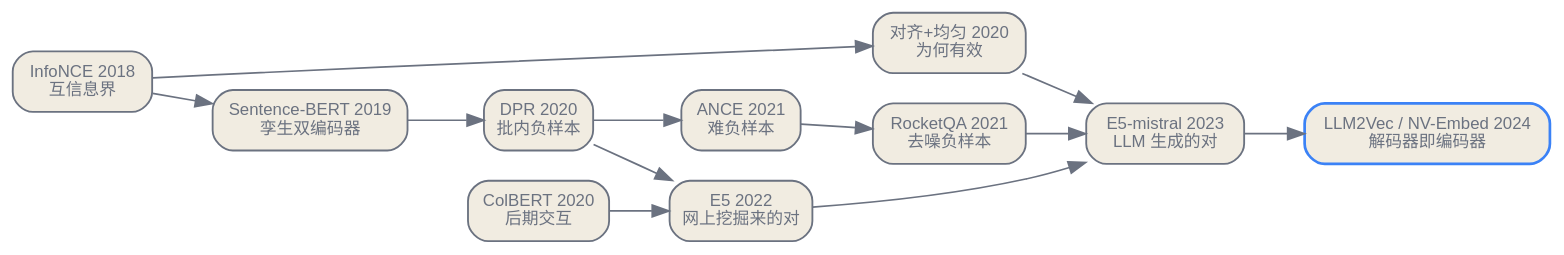
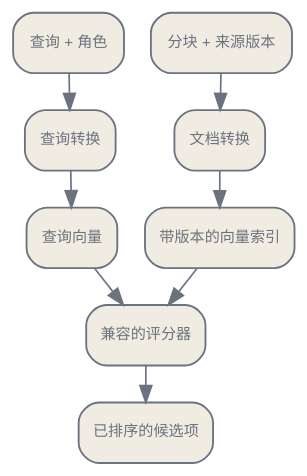
Before and after one commit to latere-ai/ai-as-an-infrastructure: the diagram in zh/orchestration/09-embeddings-representation.qmd, drawn with Graphviz. The commit also changed other lines of this file and 4 other files, not shown here.

````diff
--- a/zh/orchestration/09-embeddings-representation.qmd
+++ b/zh/orchestration/09-embeddings-representation.qmd
@@ -193,32 +110,25 @@
 ```{dot}
-//| label: fig-embed-lineage
-//| fig-cap: "嵌入思想的演化线索。一条理论线索（InfoNCE，再到对齐与均匀）解释了那个目标；一条架构线索定下查询与文档在何处交互；一条负样本线索磨利训练信号；而一条数据线索从孪生的句子对，穿过网上挖掘来的样本对，走到 LLM 生成的样本对与解码器即嵌入器，诸线索在此汇聚。"
-digraph lineage {
-  rankdir=LR;
+//| label: fig-embedding-contract
+//| fig-cap: "同一段文本在不同角色或嵌入规格下可能生成不兼容的向量。只有相互匹配的查询规格和索引代次，才能进入同一个评分器。"
+digraph {
   bgcolor="transparent";
-  node [shape=box, style="rounded,filled", fontname="Helvetica", fontsize=10, color="#6b7280", fontcolor="#6b7280", fillcolor="#f1ece1", penwidth=1.1];
-  edge [fontname="Helvetica", fontsize=9, color="#6b7280", fontcolor="#6b7280"];
+  rankdir=TB;
+  nodesep=0.22;
+  ranksep=0.30;
+  node [shape=box, style="rounded,filled", fontname="Helvetica", fontsize=9, color="#6b7280", fontcolor="#6b7280", fillcolor="#f1ece1", penwidth=1.1];
+  edge [color="#6b7280"];
 
-  cpc [label="InfoNCE 2018\n互信息界"];
-  au [label="对齐+均匀 2020\n为何有效"];
+  query [label="查询 + 角色"];
+  source [label="分块 + 来源版本"];
+  qenc [label="查询转换"];
+  denc [label="文档转换"];
+  qvec [label="查询向量"];
+  index [label="带版本的向量索引"];
+  score [label="兼容的评分器"];
+  ranked [label="已排序的候选项"];
 
-  sbert [label="Sentence-BERT 2019\n孪生双编码器"];
-  colbert [label="ColBERT 2020\n后期交互"];
-
-  dpr [label="DPR 2020\n批内负样本"];
-  ance [label="ANCE 2021\n难负样本"];
-  rocketqa [label="RocketQA 2021\n去噪负样本"];
-
-  e5 [label="E5 2022\n网上挖掘来的对"];
-  e5m [label="E5-mistral 2023\nLLM 生成的对"];
-  llm2vec [label="LLM2Vec / NV-Embed 2024\n解码器即编码器", color="#3b82f6", penwidth=1.6];
-
-  cpc -> au;
-  sbert -> dpr -> ance -> rocketqa;
-  cpc -> sbert;
-  dpr -> e5 -> e5m -> llm2vec;
-  au -> e5m;
-  colbert -> e5;
-  rocketqa -> e5m;
+  query -> qenc -> qvec -> score;
+  source -> denc -> index -> score;
+  score -> ranked;
 }
 ```
````
